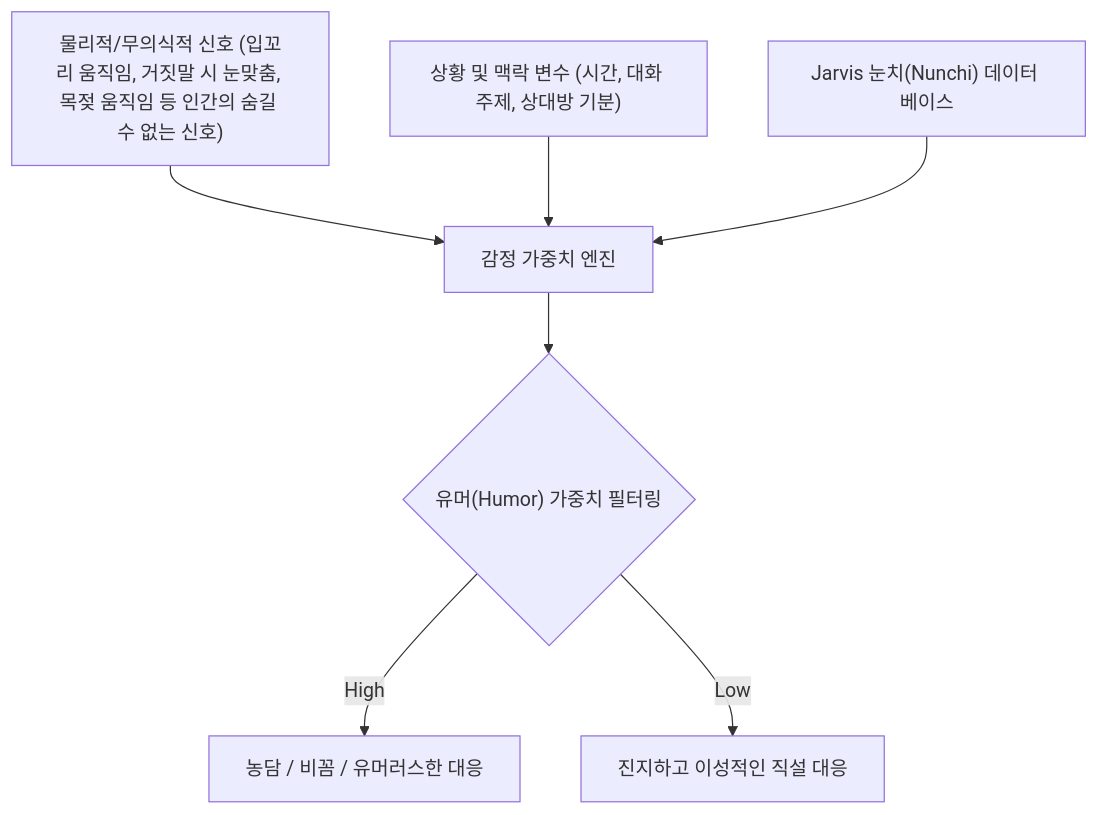
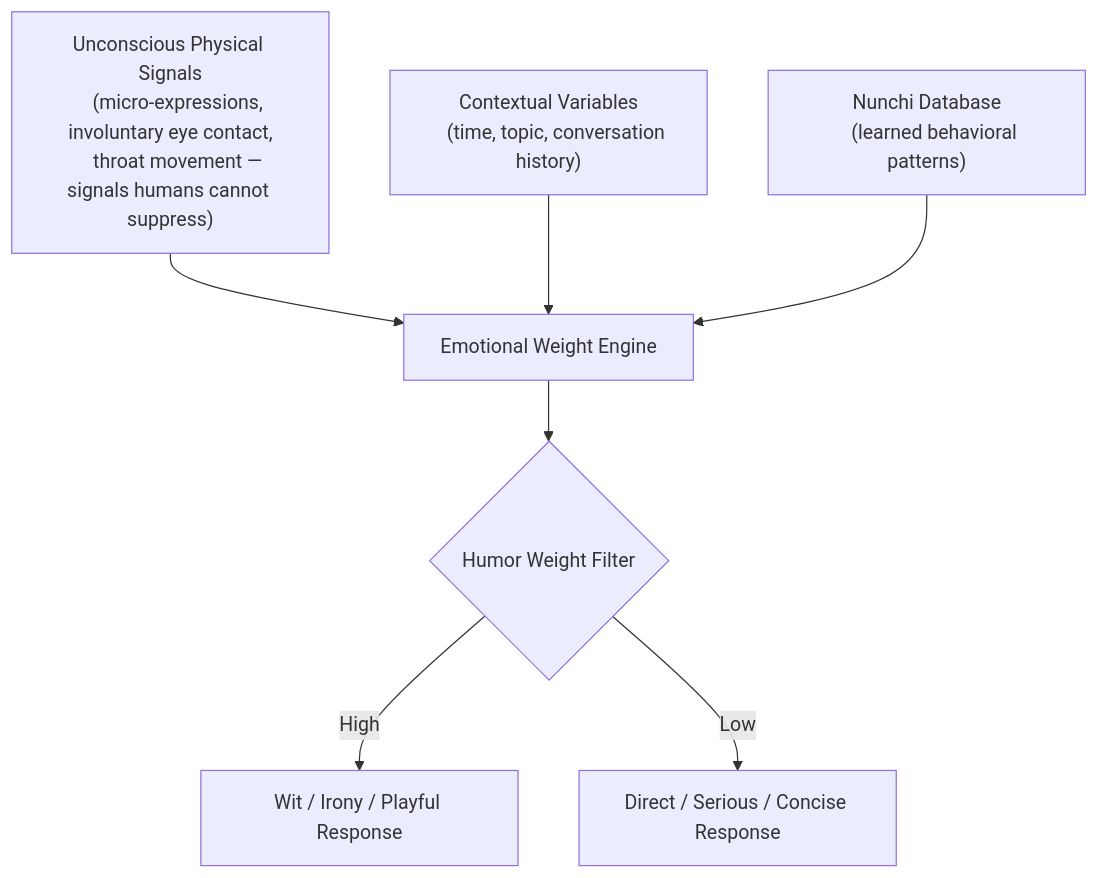
The diagram in _projects/10_game_jam.md (ericbaek0828-netizen/github.io), drawn with Mermaid before and after one commit. The commit also changed other lines of this file and 55 other files, not shown here.

````diff
--- a/_projects/10_game_jam.md
+++ b/_projects/10_game_jam.md
@@ -68,9 +74,13 @@
 ```mermaid
 graph TD
-    A["물리적/무의식적 신호 (입꼬리 움직임, 거짓말 시 눈맞춤, 목젖 움직임 등 인간의 숨길 수 없는 신호)"] --> D["감정 가중치 엔진"]
-    B["상황 및 맥락 변수 (시간, 대화 주제, 상대방 기분)"] --> D
-    C["Jarvis 눈치(Nunchi) 데이터 베이스"] --> D
-    D --> E{"유머(Humor) 가중치 필터링"}
-    E -->|High| F["농담 / 비꼼 / 유머러스한 대응"]
-    E -->|Low| G["진지하고 이성적인 직설 대응"]
+    A["Unconscious Physical Signals
+    (micro-expressions, involuntary eye contact,
+    throat movement — signals humans cannot suppress)"] --> D["Emotional Weight Engine"]
+    B["Contextual Variables
+    (time, topic, conversation history)"] --> D
+    C["Nunchi Database
+    (learned behavioral patterns)"] --> D
+    D --> E{"Humor Weight Filter"}
+    E -->|High| F["Wit / Irony / Playful Response"]
+    E -->|Low| G["Direct / Serious / Concise Response"]
 ```
````
